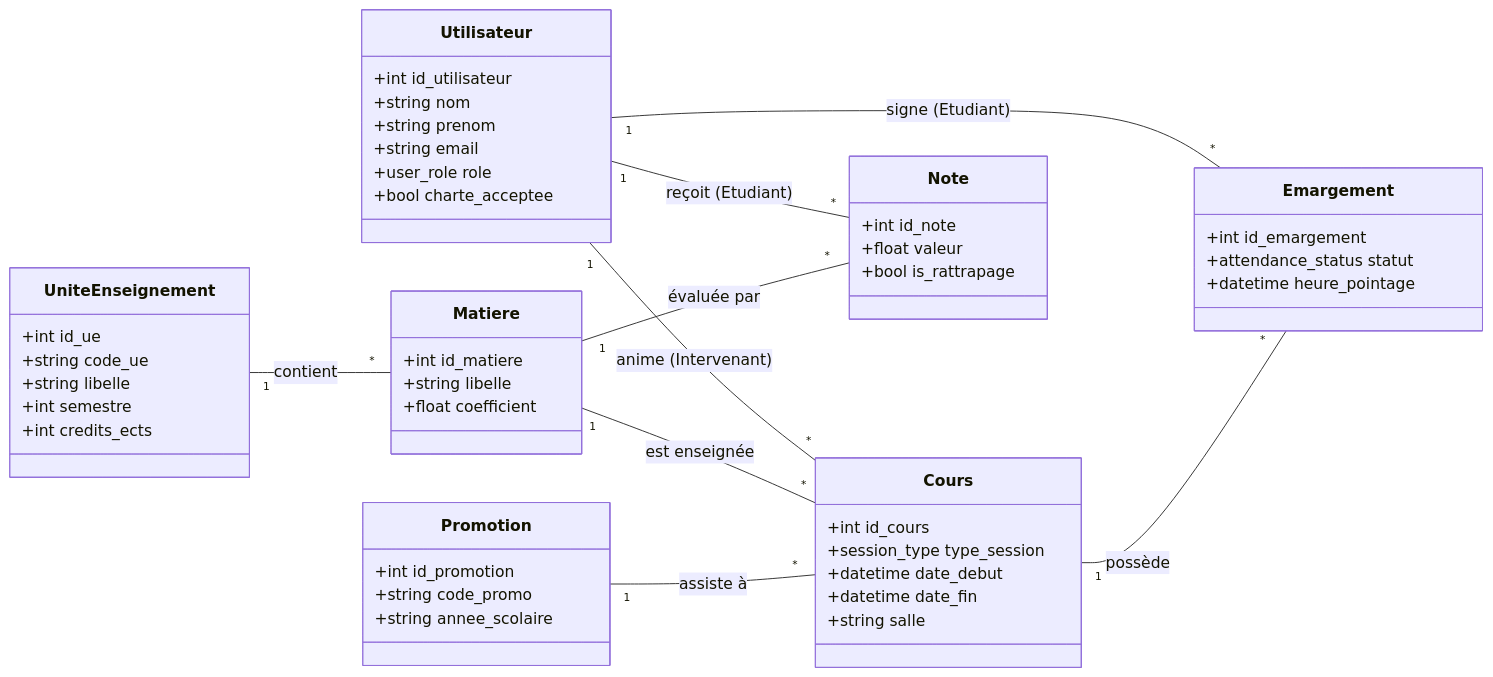
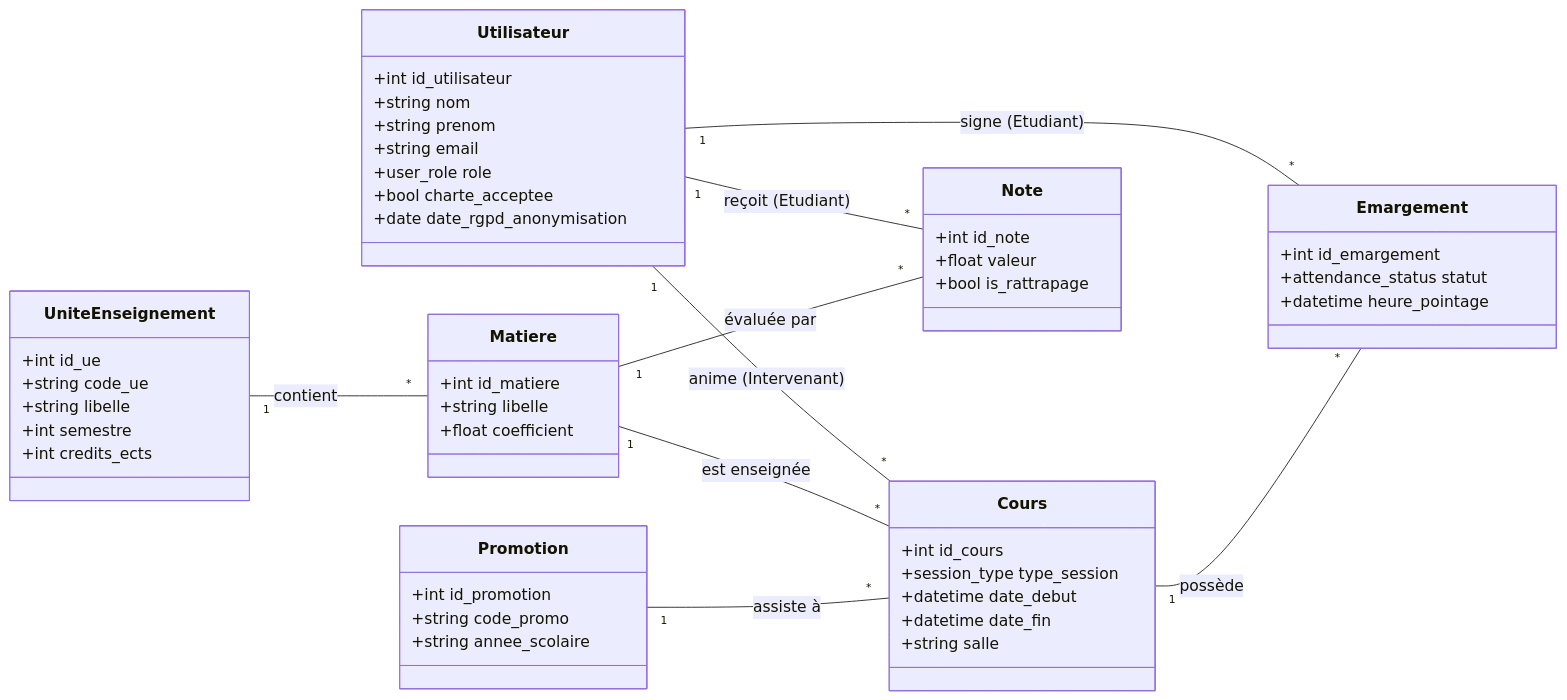
Before and after one commit to YassouSensai/MonCNAM: the diagram in documents/diagrammes/DIAG_CLASSE.md, drawn with Mermaid. The commit also changed 6 other files, not shown here.

````diff
--- a/documents/diagrammes/DIAG_CLASSE.md
+++ b/documents/diagrammes/DIAG_CLASSE.md
@@ -1,63 +1,64 @@
 ```mermaid
 classDiagram
     direction LR
 
     class Utilisateur {
         +int id_utilisateur
         +string nom
         +string prenom
         +string email
         +user_role role
         +bool charte_acceptee
+        +date date_rgpd_anonymisation
     }
 
     class Promotion {
         +int id_promotion
         +string code_promo
         +string annee_scolaire
     }
 
     class UniteEnseignement {
         +int id_ue
         +string code_ue
         +string libelle
         +int semestre
         +int credits_ects
     }
 
     class Matiere {
         +int id_matiere
         +string libelle
         +float coefficient
     }
 
     class Cours {
         +int id_cours
         +session_type type_session
         +datetime date_debut
         +datetime date_fin
         +string salle
     }
 
     class Note {
         +int id_note
         +float valeur
         +bool is_rattrapage
     }
 
     class Emargement {
         +int id_emargement
         +attendance_status statut
         +datetime heure_pointage
     }
 
     %% Relations
     UniteEnseignement "1" -- "*" Matiere : contient
     Utilisateur "1" -- "*" Cours : anime (Intervenant)
     Utilisateur "1" -- "*" Emargement : signe (Etudiant) 
     Utilisateur "1" -- "*" Note : reçoit (Etudiant)
     Matiere "1" -- "*" Note : évaluée par
     Matiere "1" -- "*" Cours : est enseignée
     Promotion "1" -- "*" Cours : assiste à
     Cours "1" -- "*" Emargement : possède
 ```
````
